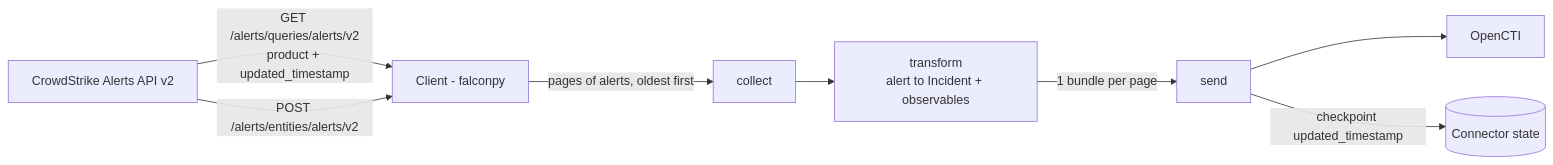
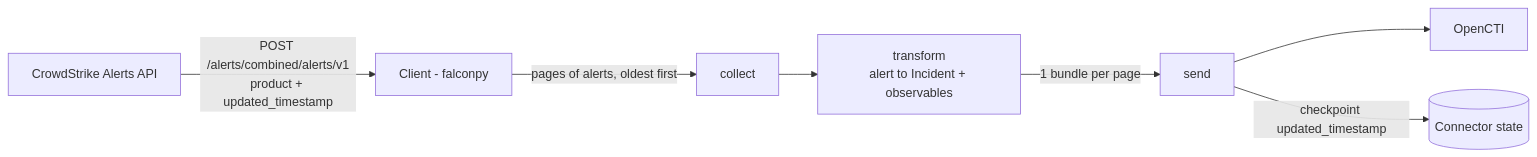
One commit to OpenCTI-Platform/connectors changed the diagram in external-import/crowdstrike-incidents/README.md. Above: the diagram before and after it, drawn with Mermaid. The commit also changed other lines of this file and 2 other files, not shown here.

Commit message:
docs(crowdstrike-incidents): document the combined alerts endpoint (#3039)

````diff
--- a/external-import/crowdstrike-incidents/README.md
+++ b/external-import/crowdstrike-incidents/README.md
@@ -109,10 +109,9 @@
 ```mermaid
 flowchart LR
-    A[CrowdStrike Alerts API v2] -->|GET /alerts/queries/alerts/v2<br/>product + updated_timestamp| B[Client - falconpy]
-    A -->|POST /alerts/entities/alerts/v2| B
+    A[CrowdStrike Alerts API] -->|POST /alerts/combined/alerts/v1<br/>product + updated_timestamp| B[Client - falconpy]
     B -->|pages of alerts, oldest first| C[collect]
     C --> D[transform<br/>alert to Incident + observables]
     D -->|1 bundle per page| E[send]
     E --> F[OpenCTI]
     E -->|checkpoint updated_timestamp| G[(Connector state)]
 ```
````
